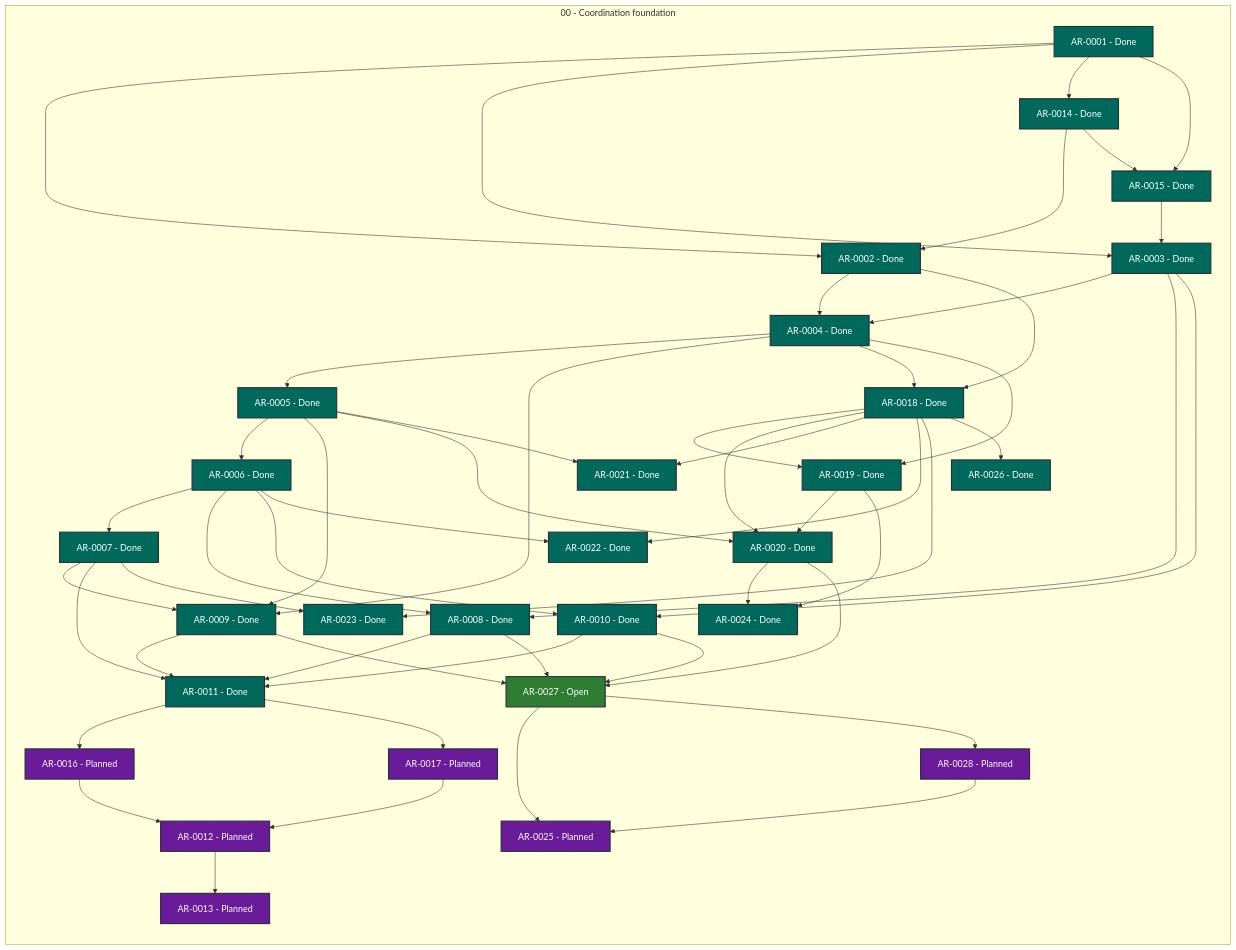
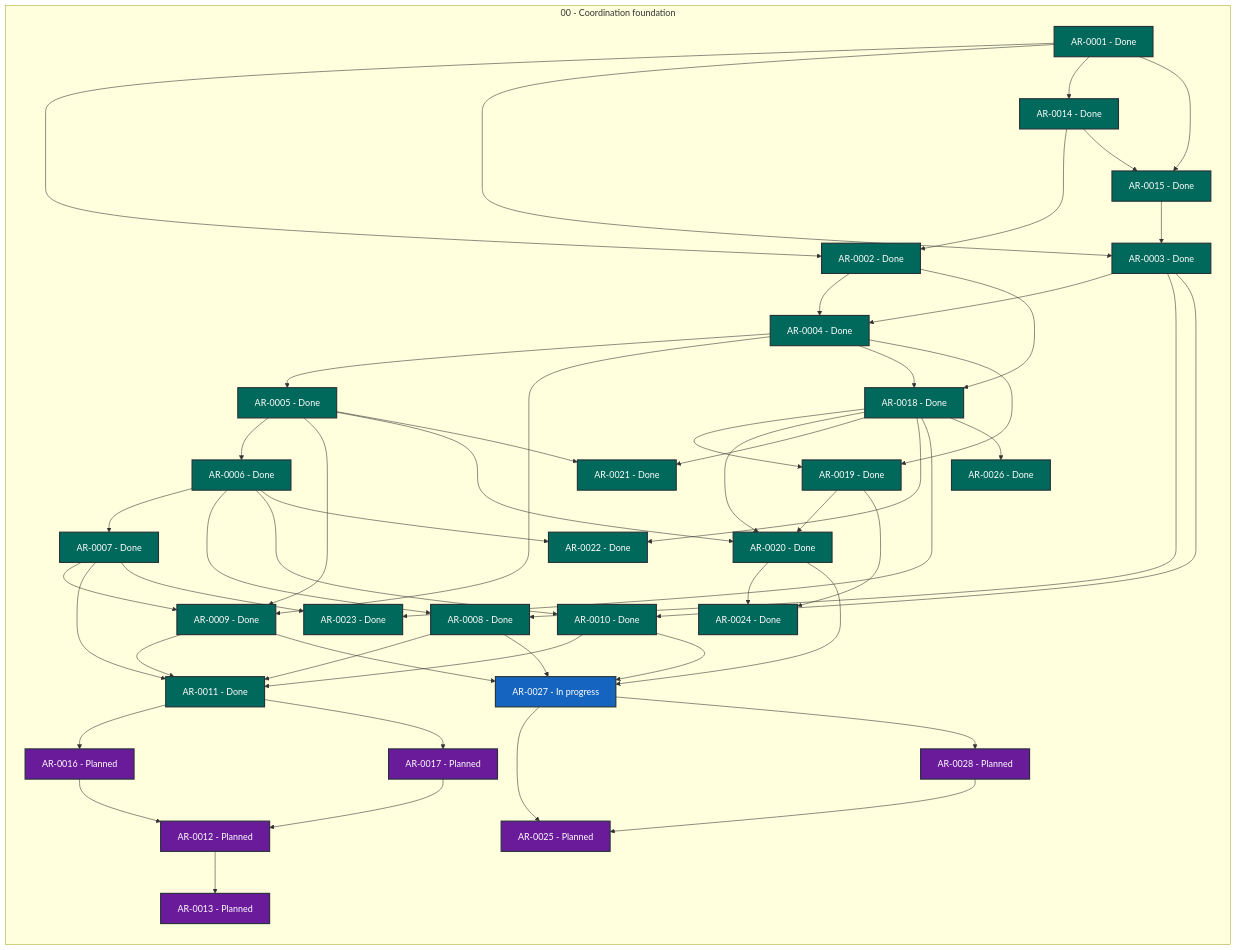
One commit to martin-beck/agent-workflow-tui-state changed the diagram in STATUS.md. Above: the diagram before and after it, drawn with Mermaid. The commit also changed other lines of this file and 2 other files, not shown here.

```diff
--- a/STATUS.md
+++ b/STATUS.md
@@ -54,7 +54,7 @@
         AR_0024["AR-0024 - Done"]:::status_done
         AR_0025["AR-0025 - Planned"]:::status_planned
         AR_0026["AR-0026 - Done"]:::status_done
-        AR_0027["AR-0027 - Open"]:::status_open
+        AR_0027["AR-0027 - In progress"]:::status_in_progress
         AR_0028["AR-0028 - Planned"]:::status_planned
     end
     AR_0001 --> AR_0002
```
